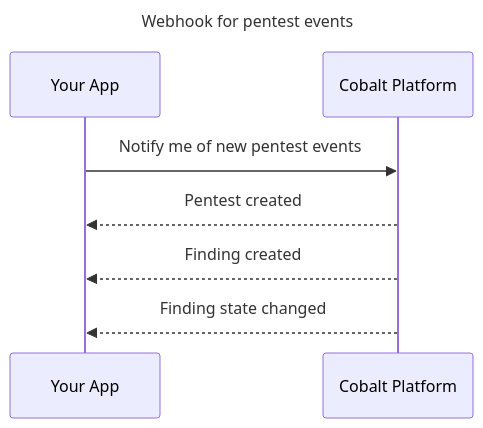
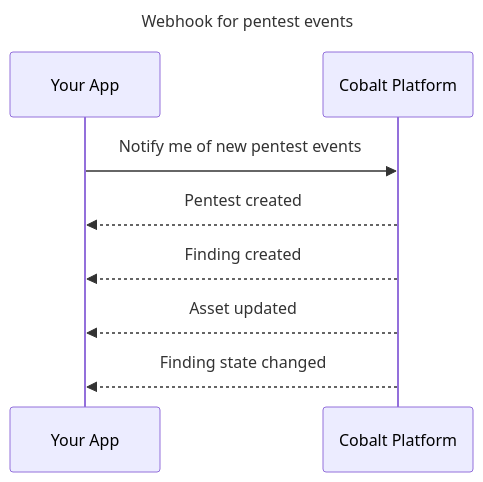
One commit to cobalthq/cobalt-product-public-docs changed the diagram in content/en/Integrations/webhooks.md. Above: the diagram before and after it, drawn with Mermaid. The commit also changed other lines of this file, not shown here.

```diff
--- a/content/en/Integrations/webhooks.md
+++ b/content/en/Integrations/webhooks.md
@@ -20,8 +20,9 @@
 {{< mermaid align="left" theme="default" >}}
 sequenceDiagram
   title Webhook for pentest events
    Your App->>Cobalt Platform: Notify me of new pentest events
    Cobalt Platform-->>Your App: Pentest created
    Cobalt Platform-->>Your App: Finding created
+   Cobalt Platform-->>Your App: Asset updated
    Cobalt Platform-->>Your App: Finding state changed
 {{< /mermaid >}}
```
